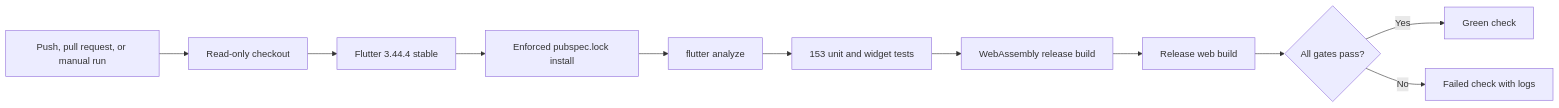
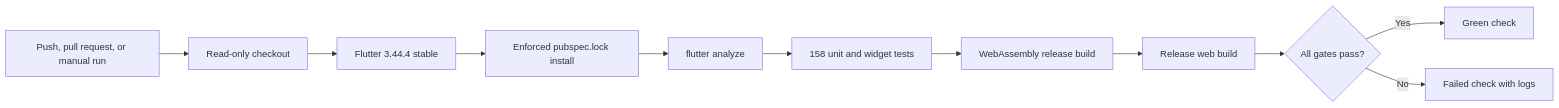
The diagram in docs/flutter-ci.md (Omatsulijoshua/CADPILOT-AI), drawn with Mermaid before and after one commit. The commit also changed 4 other files, not shown here.

````diff
--- a/docs/flutter-ci.md
+++ b/docs/flutter-ci.md
@@ -13,13 +13,13 @@
 ```mermaid
 flowchart LR
     Event["Push, pull request, or manual run"] --> Checkout["Read-only checkout"]
     Checkout --> SDK["Flutter 3.44.4 stable"]
     SDK --> Lock["Enforced pubspec.lock install"]
     Lock --> Analyze["flutter analyze"]
-    Analyze --> Tests["153 unit and widget tests"]
+    Analyze --> Tests["158 unit and widget tests"]
     Tests --> Wasm["WebAssembly release build"]
     Wasm --> Web["Release web build"]
     Web --> Result{"All gates pass?"}
     Result -- "Yes" --> Green["Green check"]
     Result -- "No" --> Logs["Failed check with logs"]
 ```
````
